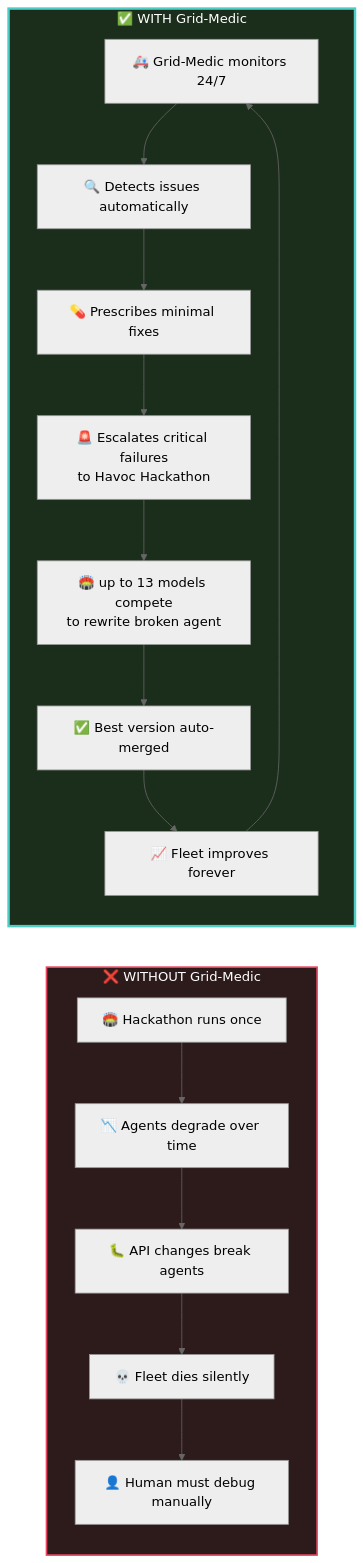
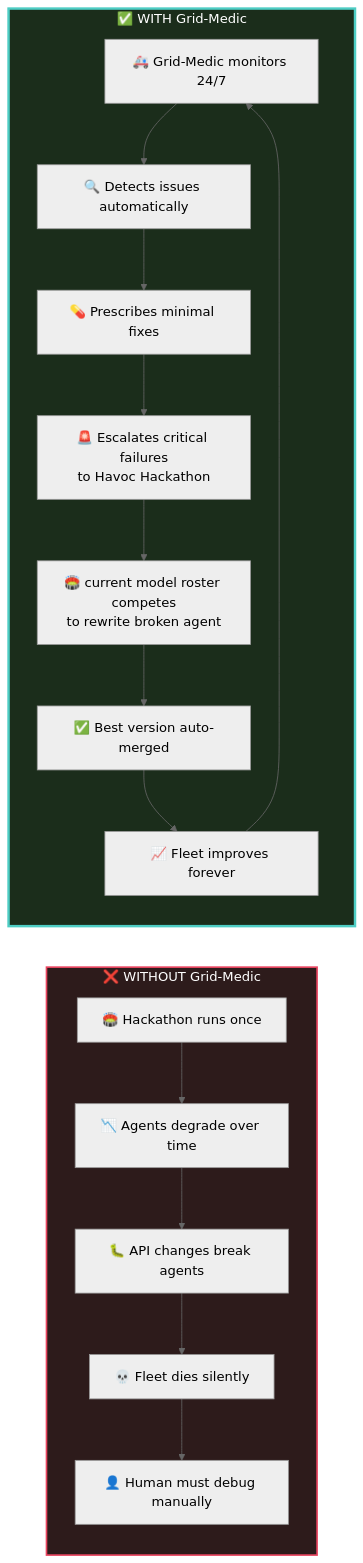
One commit to DUBSOpenHub/havoc-hackathon changed the second of 5 diagrams in docs/GRID-MEDIC-ARCHITECTURE.md. Above: the diagram before and after it, drawn with Mermaid (neutral theme). The commit also changed other lines of this file and 9 other files, not shown here.

First line of the commit message:
Refresh GitHub Copilot model roster monthly

````diff
--- a/docs/GRID-MEDIC-ARCHITECTURE.md
+++ b/docs/GRID-MEDIC-ARCHITECTURE.md
@@ -59,24 +59,24 @@
 ```mermaid
 flowchart LR
     subgraph WITHOUT["❌ WITHOUT Grid-Medic"]
         direction TB
         W1["🏟️ Hackathon runs once"] --> W2["📉 Agents degrade over time"]
         W2 --> W3["🐛 API changes break agents"]
         W3 --> W4["💀 Fleet dies silently"]
         W4 --> W5["👤 Human must debug manually"]
     end
 
     subgraph WITH["✅ WITH Grid-Medic"]
         direction TB
         G1["🚑 Grid-Medic monitors 24/7"] --> G2["🔍 Detects issues automatically"]
         G2 --> G3["💊 Prescribes minimal fixes"]
         G3 --> G4["🚨 Escalates critical failures\nto Havoc Hackathon"]
-        G4 --> G5["🏟️ up to 13 models compete\nto rewrite broken agent"]
+        G4 --> G5["🏟️ current model roster competes\nto rewrite broken agent"]
         G5 --> G6["✅ Best version auto-merged"]
         G6 --> G7["📈 Fleet improves forever"]
         G7 --> G1
     end
 
     style WITHOUT fill:#2d1b1b,stroke:#e94560,stroke-width:2px,color:#fff
     style WITH fill:#1b2d1b,stroke:#4ecdc4,stroke-width:3px,color:#fff
 ```
````
